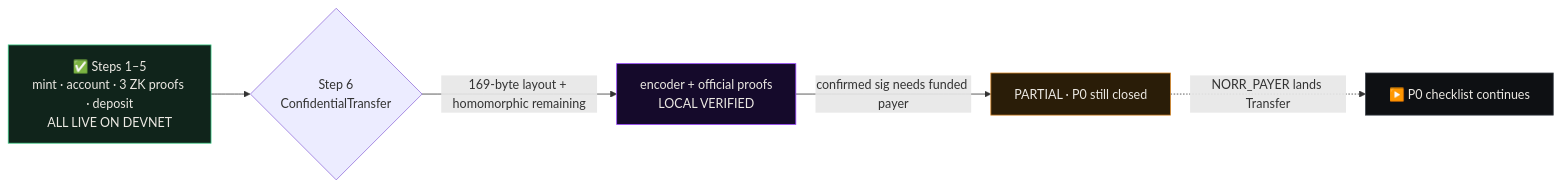
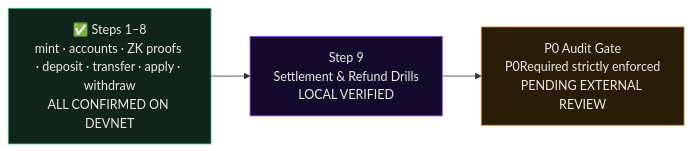
Before and after one commit to ShrikarT/norr: the fourth of 4 diagrams in README.md, drawn with Mermaid. The commit also changed other lines of this file and 46 other files, not shown here.

Commit message:
feat: deploy 7 Norr programs to Devnet and seed verified product state

````diff
--- a/README.md
+++ b/README.md
@@ -228,12 +226,9 @@
 ```mermaid
 flowchart LR
-    S15["✅ Steps 1–5<br/>mint · account · 3 ZK proofs · deposit<br/>ALL LIVE ON DEVNET"] --> S6{"Step 6<br/>ConfidentialTransfer"}
-    S6 -->|"169-byte layout + homomorphic remaining"| READY["encoder + official proofs<br/>LOCAL VERIFIED"]
-    READY -->|"confirmed sig needs funded payer"| PARTIAL["PARTIAL · P0 still closed"]
-    PARTIAL -.->|"NORR_PAYER lands Transfer"| RESUME["▶️ P0 checklist continues"]
+    S18["✅ Steps 1–8<br/>mint · accounts · ZK proofs · deposit · transfer · apply · withdraw<br/>ALL CONFIRMED ON DEVNET"] --> S9["Step 9<br/>Settlement & Refund Drills<br/>LOCAL VERIFIED"]
+    S9 --> P0["P0 Audit Gate<br/>P0Required strictly enforced<br/>PENDING EXTERNAL REVIEW"]
 
-    style S15 fill:#10241b,stroke:#3fcf8a,color:#ece9e3
-    style READY fill:#150a2b,stroke:#9945ff,color:#ece9e3
-    style PARTIAL fill:#2a1d08,stroke:#d98a2b,color:#ece9e3
-    style RESUME fill:#0e1013,stroke:#3a4048,color:#ece9e3
+    style S18 fill:#10241b,stroke:#3fcf8a,color:#ece9e3
+    style S9 fill:#150a2b,stroke:#9945ff,color:#ece9e3
+    style P0 fill:#2a1d08,stroke:#d98a2b,color:#ece9e3
 ```
````
